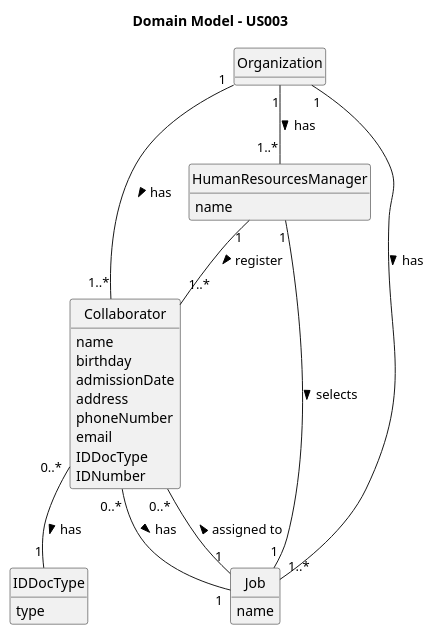
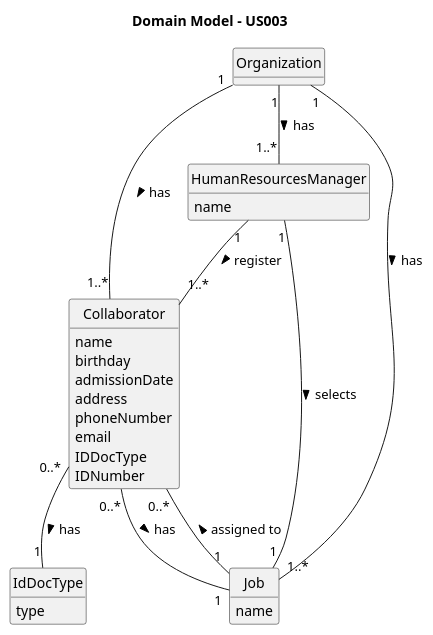
One commit to daniel41silva05/ISEP_2023_2024_LAPR2 changed the diagram in docs/sprintA&B/us003/02.analysis/puml/us003-domain-model.puml. Above: the diagram before and after it, drawn with PlantUML. The commit also changed 9 other files, not shown here.

Commit message:
corrections in coherence between domain model and class diagram

```diff
--- a/docs/sprintA&B/us003/02.analysis/puml/us003-domain-model.puml
+++ b/docs/sprintA&B/us003/02.analysis/puml/us003-domain-model.puml
@@ -1,48 +1,48 @@
 @startuml
 skinparam monochrome true
 skinparam packageStyle rectangle
 skinparam shadowing false
 
 skinparam classAttributeIconSize 0
 
 hide circle
 hide methods
 
 title Domain Model - US003
 
 class Organization {
 }
 
 class Collaborator {
     name
     birthday
     admissionDate
     address
     phoneNumber
     email
     IDDocType
     IDNumber
 }
 
 class HumanResourcesManager {
     name
 }
 
 class Job {
     name
 }
 
-enum IDDocType {
+enum IdDocType {
     type
 }
 
 Organization "1" -- "1..*" HumanResourcesManager : has >
 Organization "1" -- "1..*" Collaborator : has >
 Organization "1" -- "1..*" Job : has >
 HumanResourcesManager "1" -- "1" Job : selects  >
 Job "1" -- "0..*" Collaborator : assigned to >
 HumanResourcesManager "1" -- "1..*" Collaborator : register >
 Collaborator "0..*" -- "1" Job : has >
-Collaborator "0..*" -- "1" IDDocType : has >
+Collaborator "0..*" -- "1" IdDocType : has >
 
 @enduml
```
